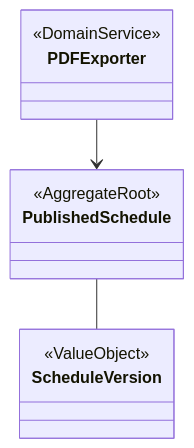
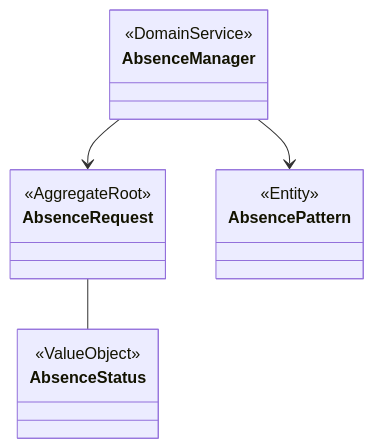
The fourth of 15 diagrams in 設計書/03_バウンデッドコンテキスト.md (NowatariSoma/tomosigoto_nou_system), drawn with Mermaid before and after one commit. The commit also changed other lines of this file and 12 other files, not shown here.

````diff
--- a/設計書/03_バウンデッドコンテキスト.md
+++ b/設計書/03_バウンデッドコンテキスト.md
@@ -135,15 +180,19 @@
 ```mermaid
 classDiagram
-    class PublishedSchedule {
+    class AbsenceRequest {
         <<AggregateRoot>>
     }
-    class ScheduleVersion {
+    class AbsenceStatus {
         <<ValueObject>>
     }
-    class PDFExporter {
+    class AbsenceManager {
         <<DomainService>>
     }
+    class AbsencePattern {
+        <<Entity>>
+    }
     
-    PublishedSchedule -- ScheduleVersion
-    PDFExporter --> PublishedSchedule
+    AbsenceRequest -- AbsenceStatus
+    AbsenceManager --> AbsenceRequest
+    AbsenceManager --> AbsencePattern
 ```
````
